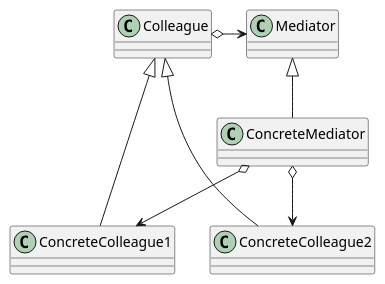
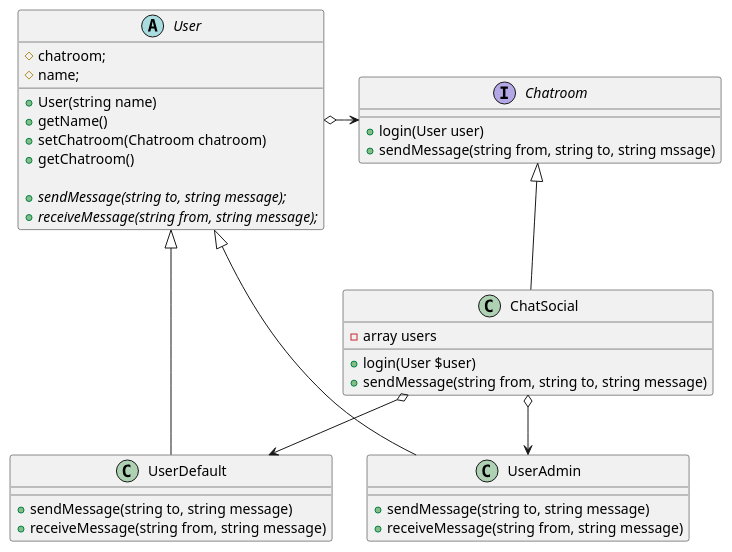
The diagram in Mediator/README.md (ku2ma2/design_pattern), drawn with PlantUML before and after one commit. The commit also changed other lines of this file and 1 other file, not shown here.

Commit message:
Improve README.md for Mediator

````diff
--- a/Mediator/README.md
+++ b/Mediator/README.md
@@ -4,30 +4,49 @@
 ```uml
 @startuml
 
-class Mediator {
+interface Chatroom {
+    +login(User user)
+    +sendMessage(string from, string to, string mssage)
 }
 
-class ConcreteMediator {
+class ChatSocial {
+    -array users
+    +login(User $user)
+    +sendMessage(string from, string to, string message)
+
 }
 
-class Colleague {
+abstract User {
+    #chatroom;
+    #name;
+    +User(string name)
+    +getName()
+    +setChatroom(Chatroom chatroom)
+    +getChatroom()
+
+    {abstract} +sendMessage(string to, string message);
+    {abstract} +receiveMessage(string from, string message);
 }
 
-class ConcreteColleague1 {
+class UserDefault {
+    +sendMessage(string to, string message)
+    +receiveMessage(string from, string message)
 }
 
-class ConcreteColleague2 {
+class UserAdmin {
+    +sendMessage(string to, string message)
+    +receiveMessage(string from, string message)
 }
 
 
-ConcreteMediator -up-|> Mediator
-Colleague o-right-> Mediator
+ChatSocial -up-|> Chatroom
+User o-right-> Chatroom
 
-ConcreteMediator o-down-> ConcreteColleague1
-ConcreteMediator o-down-> ConcreteColleague2
+ChatSocial o-down-> UserDefault
+ChatSocial o-down-> UserAdmin
 
-ConcreteColleague1 -up-|> Colleague
-ConcreteColleague2 -up-|> Colleague
+UserDefault -up-|> User
+UserAdmin -up-|> User
 
 @enduml
 ```
````
